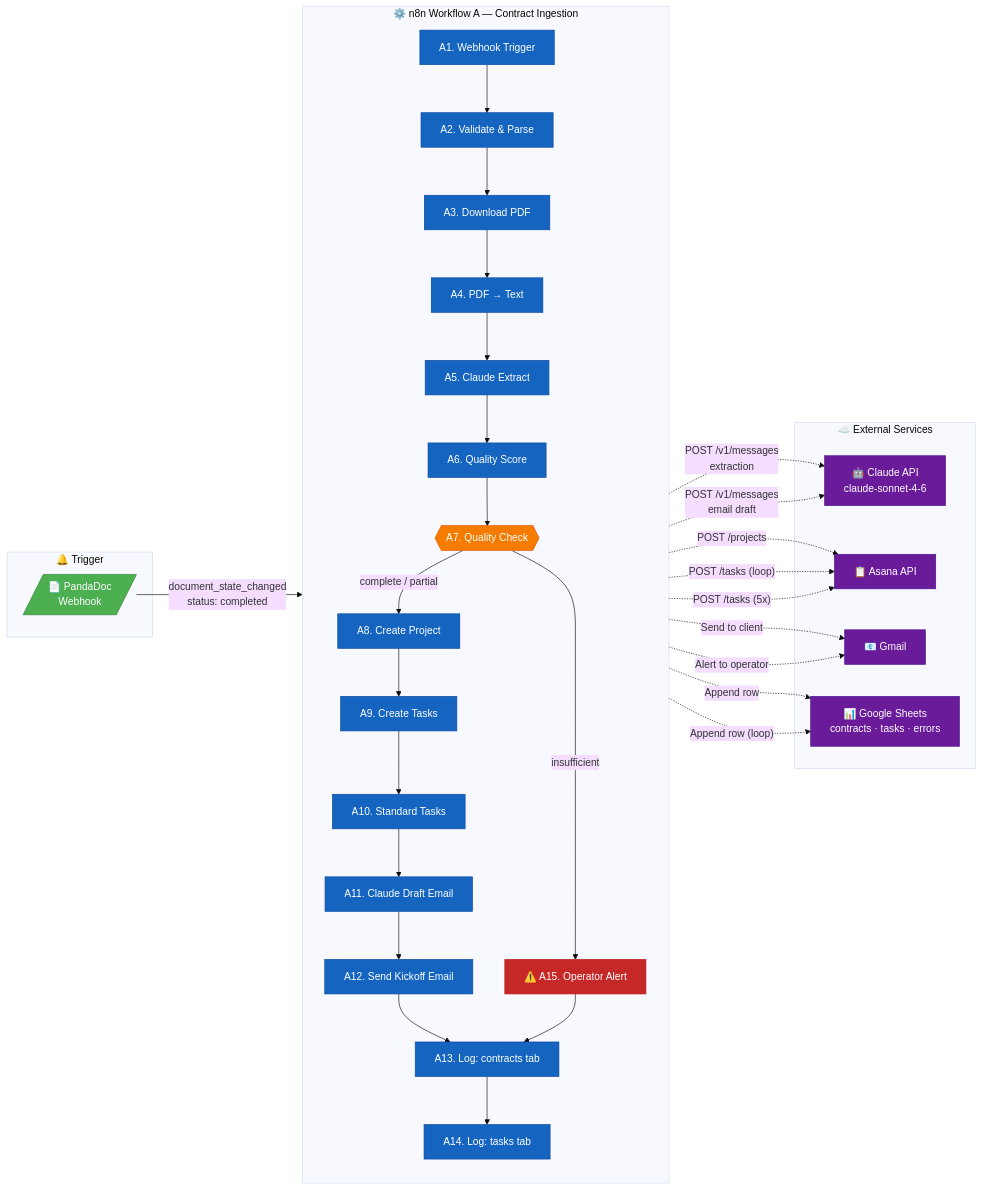
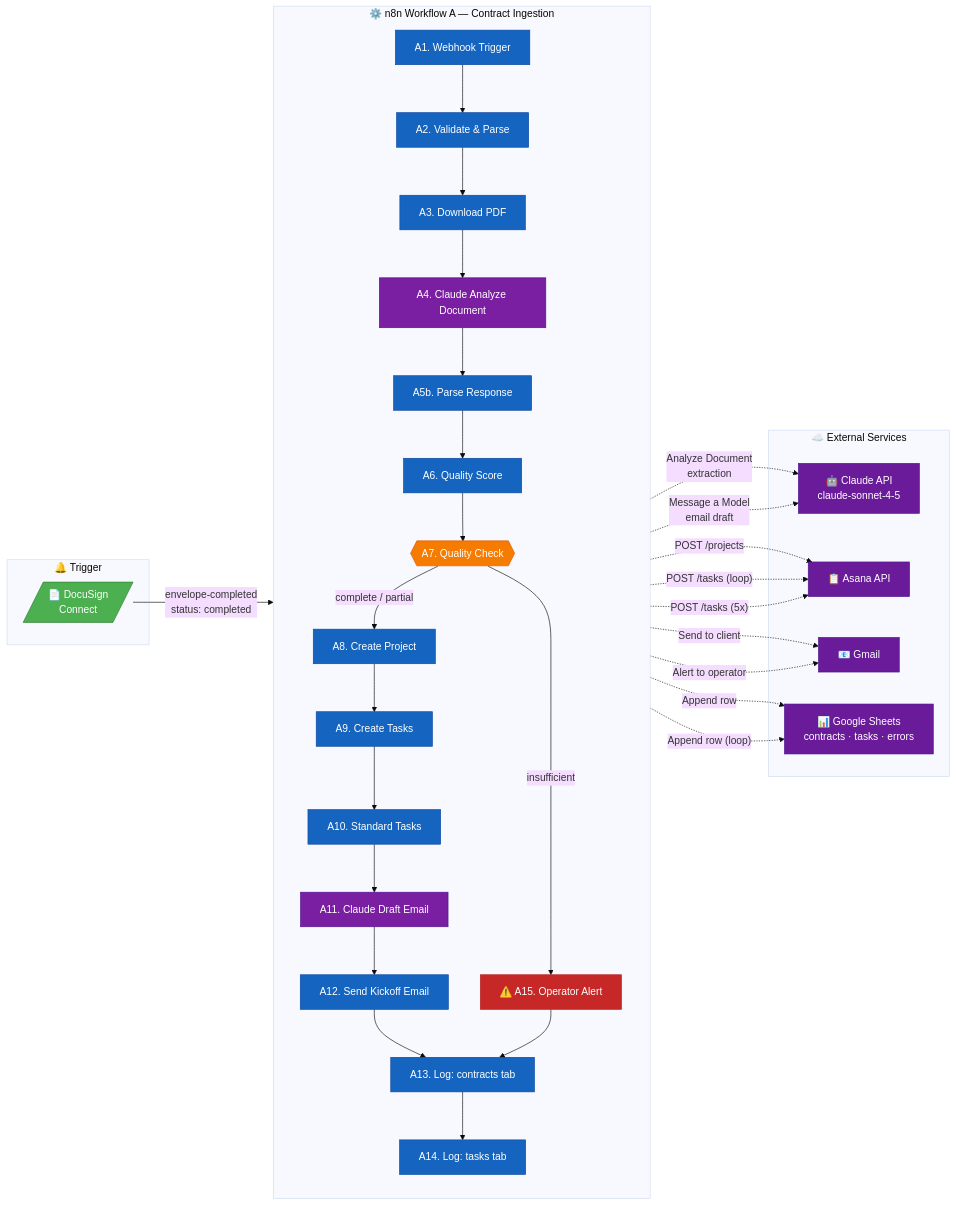
The diagram in contract_kickoff_automation_n8n/technical_guide/architecture.md (Masu-Dev-AL/business-automation-library), drawn with Mermaid (base theme) before and after one commit. The commit also changed other lines of this file and 11 other files, not shown here.

````diff
--- a/contract_kickoff_automation_n8n/technical_guide/architecture.md
+++ b/contract_kickoff_automation_n8n/technical_guide/architecture.md
@@ -3,61 +3,63 @@
 ```mermaid
 flowchart LR
     subgraph Trigger["🔔 Trigger"]
-        PD[/"📄 PandaDoc\nWebhook"/]
+        DS[/"📄 DocuSign\nConnect"/]
     end
 
     subgraph WorkflowA["⚙️ n8n Workflow A — Contract Ingestion"]
         direction TB
         A1["A1. Webhook Trigger"]
         A2["A2. Validate & Parse"]
         A3["A3. Download PDF"]
-        A4["A4. PDF → Text"]
-        A5["A5. Claude Extract"]
+        A4["A4. Claude Analyze Document"]
+        A5b["A5b. Parse Response"]
         A6["A6. Quality Score"]
         A7{{"A7. Quality Check"}}
         A8["A8. Create Project"]
         A9["A9. Create Tasks"]
         A10["A10. Standard Tasks"]
         A11["A11. Claude Draft Email"]
         A12["A12. Send Kickoff Email"]
         A13["A13. Log: contracts tab"]
         A14["A14. Log: tasks tab"]
         A15["⚠️ A15. Operator Alert"]
     end
 
     subgraph Services["☁️ External Services"]
-        Claude["🤖 Claude API\nclaude-sonnet-4-6"]
+        Claude["🤖 Claude API\nclaude-sonnet-4-5"]
         Asana["📋 Asana API"]
         Gmail["📧 Gmail"]
         Sheets["📊 Google Sheets\ncontracts · tasks · errors"]
     end
 
-    PD -->|"document_state_changed\nstatus: completed"| A1
-    A1 --> A2 --> A3 --> A4 --> A5 --> A6 --> A7
+    DS -->|"envelope-completed\nstatus: completed"| A1
+    A1 --> A2 --> A3 --> A4 --> A5b --> A6 --> A7
     A7 -->|"complete / partial"| A8 --> A9 --> A10 --> A11 --> A12
     A7 -->|"insufficient"| A15
     A12 --> A13 --> A14
     A15 --> A13
 
-    A5 -.->|"POST /v1/messages\nextraction"| Claude
-    A11 -.->|"POST /v1/messages\nemail draft"| Claude
+    A4 -.->|"Analyze Document\nextraction"| Claude
+    A11 -.->|"Message a Model\nemail draft"| Claude
     A8 -.->|"POST /projects"| Asana
     A9 -.->|"POST /tasks (loop)"| Asana
     A10 -.->|"POST /tasks (5x)"| Asana
     A12 -.->|"Send to client"| Gmail
     A15 -.->|"Alert to operator"| Gmail
     A13 -.->|"Append row"| Sheets
     A14 -.->|"Append row (loop)"| Sheets
 
     classDef trigger fill:#4CAF50,stroke:#2E7D32,color:white
     classDef node fill:#1565C0,stroke:#0D47A1,color:white
+    classDef ai fill:#7B1FA2,stroke:#4A148C,color:white
     classDef decision fill:#F57C00,stroke:#E65100,color:white
     classDef alert fill:#C62828,stroke:#B71C1C,color:white
     classDef service fill:#6A1B9A,stroke:#4A148C,color:white
 
-    class PD trigger
-    class A1,A2,A3,A4,A5,A6,A8,A9,A10,A11,A12,A13,A14 node
+    class DS trigger
+    class A1,A2,A3,A5b,A6,A8,A9,A10,A12,A13,A14 node
+    class A4,A11 ai
     class A7 decision
     class A15 alert
     class Claude,Asana,Gmail,Sheets service
 ```
````
